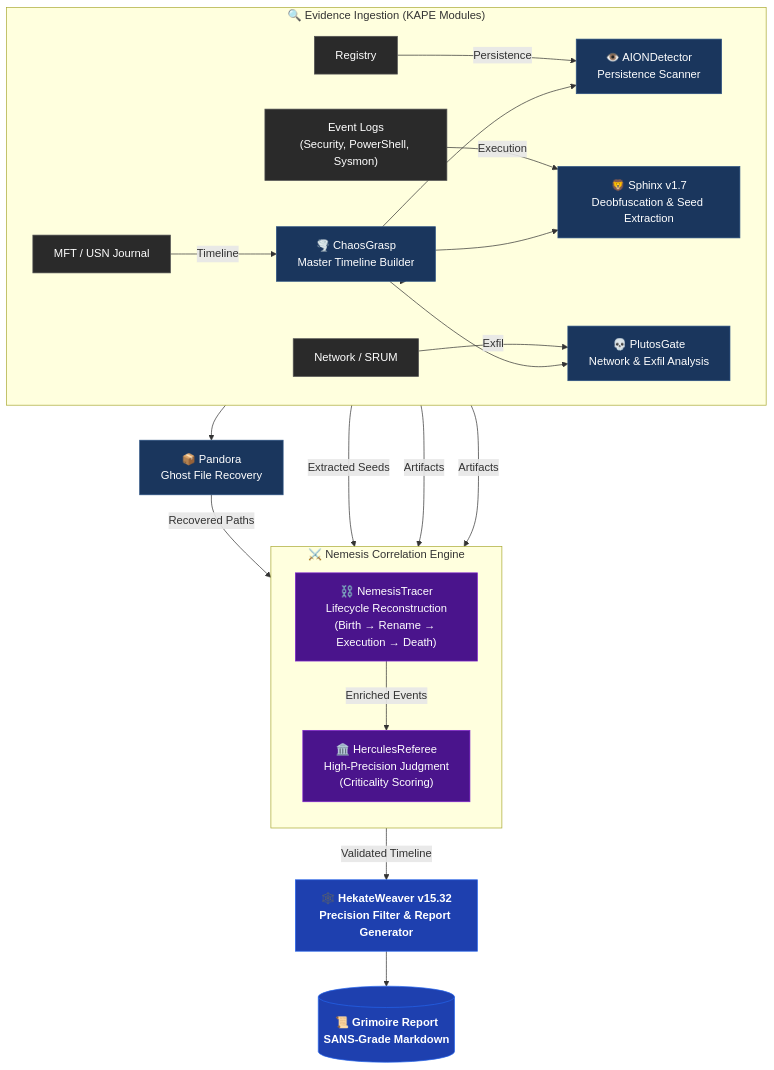
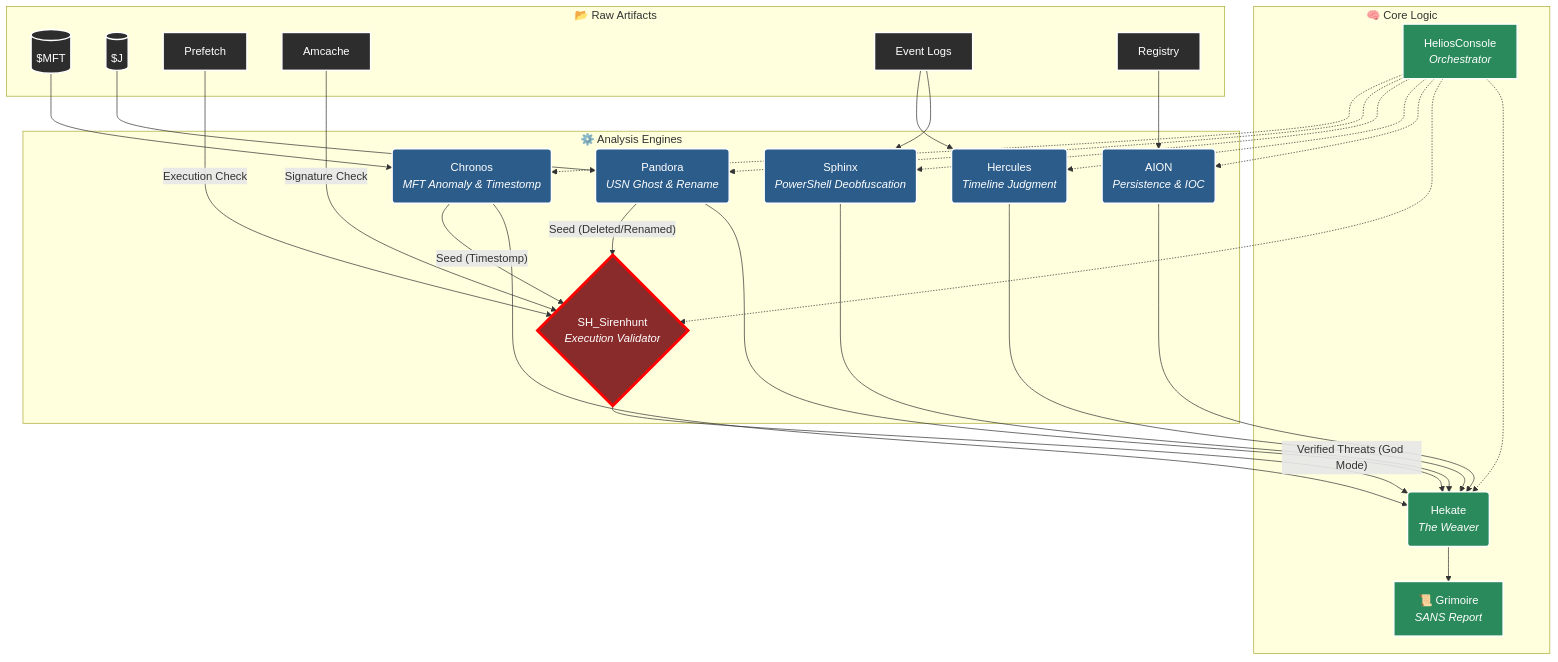
Before and after one commit to schutzz/SkiaHelios: the diagram in README.md, drawn with Mermaid. The commit also changed other lines of this file and 5 other files, not shown here.

Commit message:
feat: SkiaHelios v1.8 [God Mode] - Integrated Sirenhunt & Enhanced Nuclear Filter

````diff
--- a/README.md
+++ b/README.md
@@ -32,49 +20,62 @@
 ```mermaid
 graph TD
-    %% === 1. Ingestion Layer ===
-    subgraph Ingestion["🔍 Evidence Ingestion (KAPE Modules)"]
-        direction LR
-        MFT["MFT / USN Journal"] -->|Timeline| Chaos
-        Reg[Registry] -->|Persistence| AION
-        Evtx["Event Logs\n(Security, PowerShell, Sysmon)"] -->|Execution| Sphinx
-        Net["Network / SRUM"] -->|Exfil| Plutos
+    %% --- Layer 1: Raw Artifacts ---
+    subgraph Raw_Layer [📂 Raw Artifacts]
+        MFT[($MFT)]
+        USN[($J)]
+        PF[Prefetch]
+        AM[Amcache]
+        EVTX[Event Logs]
+        REG[Registry]
     end
 
-    %% === 2. Core Processing ===
-    Chaos["🌪️ ChaosGrasp\nMaster Timeline Builder"] 
-    Sphinx["🦁 Sphinx v1.7\nDeobfuscation & Seed Extraction"]
-    AION["👁️ AIONDetector\nPersistence Scanner"]
-    Plutos["💀 PlutosGate\nNetwork & Exfil Analysis"]
-    Pandora["📦 Pandora\nGhost File Recovery"]
-
-    %% === 3. Correlation Engine ===
-    subgraph Correlation["⚔️ Nemesis Correlation Engine"]
-        direction TB
-        Nemesis["⛓️ NemesisTracer\nLifecycle Reconstruction\n(Birth → Rename → Execution → Death)"]
-        Hercules["🏛️ HerculesReferee\nHigh-Precision Judgment\n(Criticality Scoring)"]
+    %% --- Layer 2: The Parsers & Hunters ---
+    subgraph Tool_Layer [⚙️ Analysis Engines]
+        CH(Chronos<br/><i>MFT Anomaly & Timestomp</i>)
+        PA(Pandora<br/><i>USN Ghost & Rename</i>)
+        SP(Sphinx<br/><i>PowerShell Deobfuscation</i>)
+        HE(Hercules<br/><i>Timeline Judgment</i>)
+        AI(AION<br/><i>Persistence & IOC</i>)
+        
+        %% The New Module
+        SI{SH_Sirenhunt<br/><i>Execution Validator</i>}
     end
 
-    %% === 4. Final Weaver ===
-    Hekate["🕸️ HekateWeaver v15.32\nPrecision Filter & Report Generator"]
+    %% --- Layer 3: Orchestration & Output ---
+    subgraph Core_Layer [🧠 Core Logic]
+        HC[HeliosConsole<br/><i>Orchestrator</i>]
+        HK(Hekate<br/><i>The Weaver</i>)
+        REP[📜 Grimoire<br/><i>SANS Report</i>]
+    end
 
-    %% === Flow ===
-    Ingestion --> Chaos
-    Chaos --> Sphinx & AION & Plutos & Pandora
-    Sphinx -->|Extracted Seeds| Nemesis
-    Pandora -->|Recovered Paths| Nemesis
-    AION & Plutos -->|Artifacts| Nemesis
-    Nemesis -->|Enriched Events| Hercules
-    Hercules -->|Validated Timeline| Hekate
-    Hekate --> Report[(📜 Grimoire Report\nSANS-Grade Markdown)]
+    %% Data Flow Connections
+    MFT --> CH
+    USN --> PA
+    EVTX --> HE & SP
+    REG --> AI
+    
+    %% The Hunt Flow (Cross-Validation)
+    CH -- "Seed (Timestomp)" --> SI
+    PA -- "Seed (Deleted/Renamed)" --> SI
+    PF -- "Execution Check" --> SI
+    AM -- "Signature Check" --> SI
+    
+    %% The Weaving Flow
+    CH & PA & SP & HE & AI --> HK
+    SI -- "Verified Threats (God Mode)" --> HK
+    
+    %% Final Output
+    HC -.-> CH & PA & SP & HE & AI & SI & HK
+    HK --> REP
 
-    %% === Styling ===
-    classDef ingestion fill:#2a2a2a,stroke:#555,color:#fff
-    classDef core fill:#1a365d,stroke:#2c5282,color:#fff
-    classDef correlation fill:#4a148c,stroke:#7e22ce,color:#fff
-    classDef output fill:#1e40af,stroke:#2563eb,color:#fff,font-weight:bold
-
-    class MFT,Reg,Evtx,Net ingestion
-    class Chaos,Sphinx,AION,Plutos,Pandora core
-    class Nemesis,Hercules correlation
-    class Hekate,Report output
+    %% Styling
+    classDef raw fill:#2d2d2d,stroke:#fff,stroke-width:2px,color:#fff;
+    classDef tool fill:#2b5c8a,stroke:#fff,stroke-width:2px,color:#fff;
+    classDef siren fill:#8a2b2b,stroke:#f00,stroke-width:4px,color:#fff;
+    classDef logic fill:#2b8a5c,stroke:#fff,stroke-width:2px,color:#fff;
+    
+    class MFT,USN,PF,AM,EVTX,REG raw;
+    class CH,PA,SP,HE,AI tool;
+    class SI siren;
+    class HC,HK,REP logic;
 ```
````
